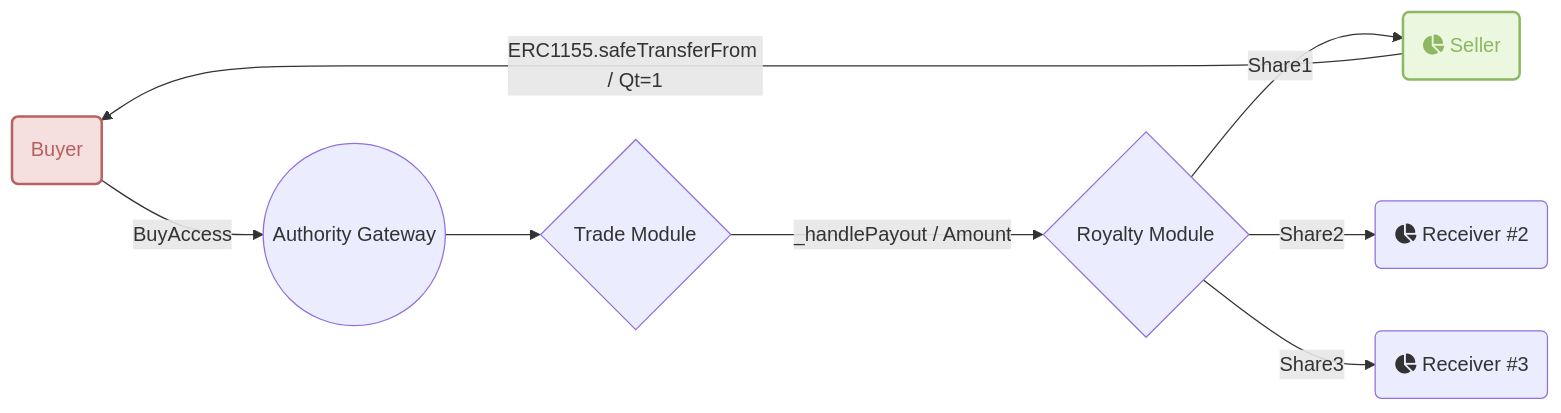
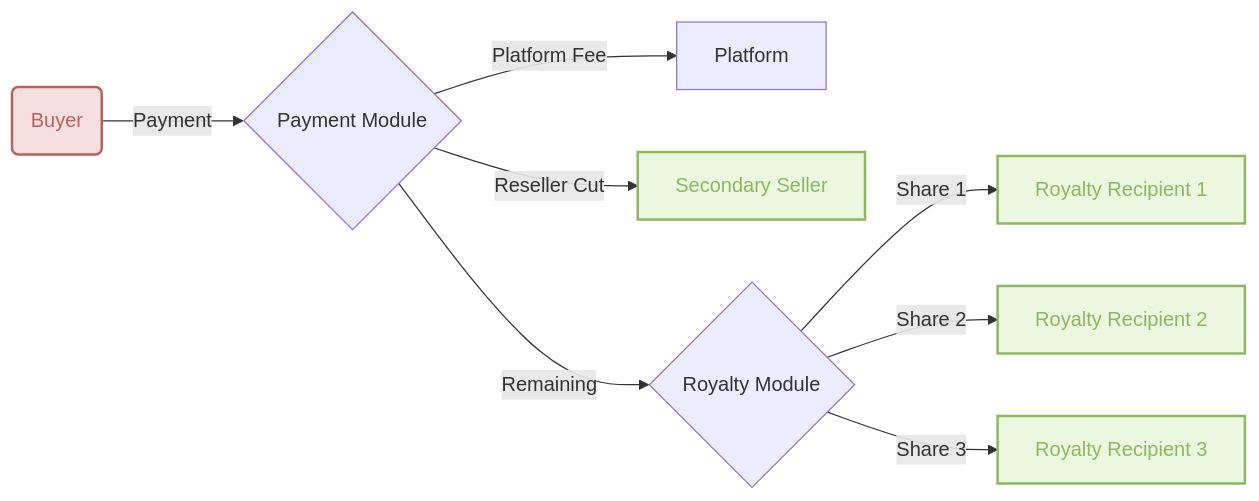
Before and after one commit to Elacity/wiki: the third of 5 diagrams in contracts/getting-started/design-proposal.md, drawn with Mermaid. The commit also changed other lines of this file and 88 other files, not shown here.

````diff
--- a/contracts/getting-started/design-proposal.md
+++ b/contracts/getting-started/design-proposal.md
@@ -533,15 +596,15 @@
 ```mermaid
 graph LR
-    B(Buyer) -->|BuyAccess| A((Authority Gateway))
-    A --> T{Trade Module}
-    T --> |_handlePayout / Amount| C{Royalty Module}
-    C -->|Share1| D(fa:fa-pie-chart Seller)
-    C -->|Share2| E(fa:fa-pie-chart Receiver #2)
-    C -->|Share3| F(fa:fa-pie-chart Receiver #3)
-    D -->|ERC1155.safeTransferFrom / Qt=1| B
-
-    classDef red fill:#f5dfdf,stroke:#b86161,stroke-width:2px,color:#b86161;
-    classDef green fill:#ebf7df,stroke:#8db861,stroke-width:2px,color:#8db861;
-    class B red
-    class D green
+    B(Buyer) -->|Payment| PM{Payment Module}
+    PM -->|Platform Fee| PF[Platform]
+    PM -->|Reseller Cut| RS[Secondary Seller]
+    PM -->|Remaining| RM{Royalty Module}
+    RM -->|Share 1| R1[Royalty Recipient 1]
+    RM -->|Share 2| R2[Royalty Recipient 2]
+    RM -->|Share 3| R3[Royalty Recipient 3]
+    
+    classDef buyer fill:#f5dfdf,stroke:#b86161,stroke-width:2px,color:#b86161;
+    classDef seller fill:#ebf7df,stroke:#8db861,stroke-width:2px,color:#8db861;
+    class B buyer
+    class R1,R2,R3,RS seller
 ```
````
